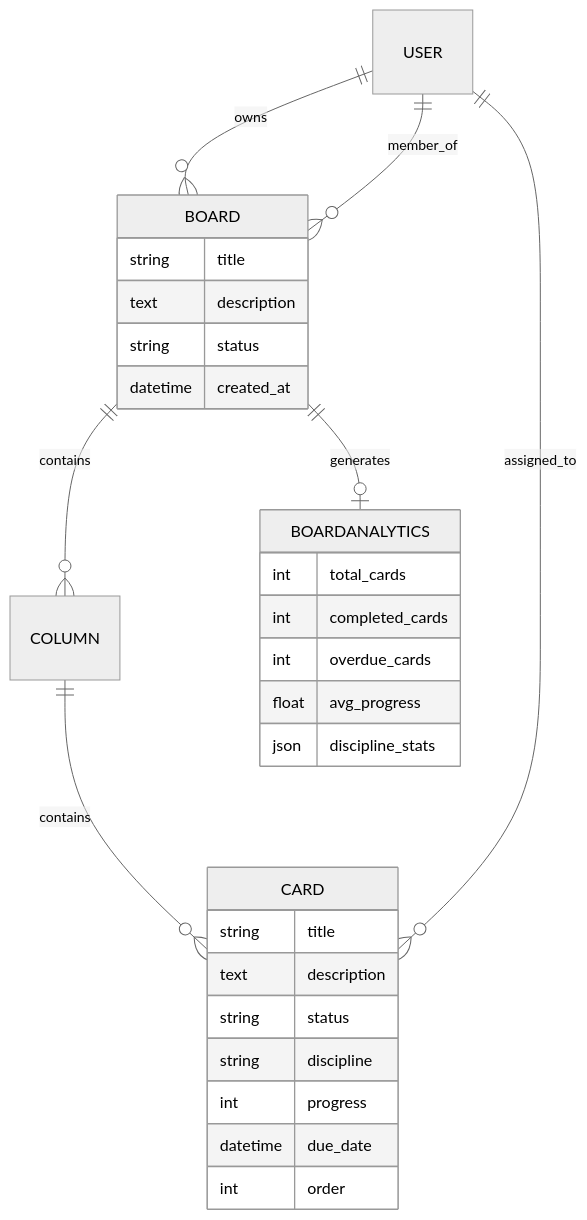
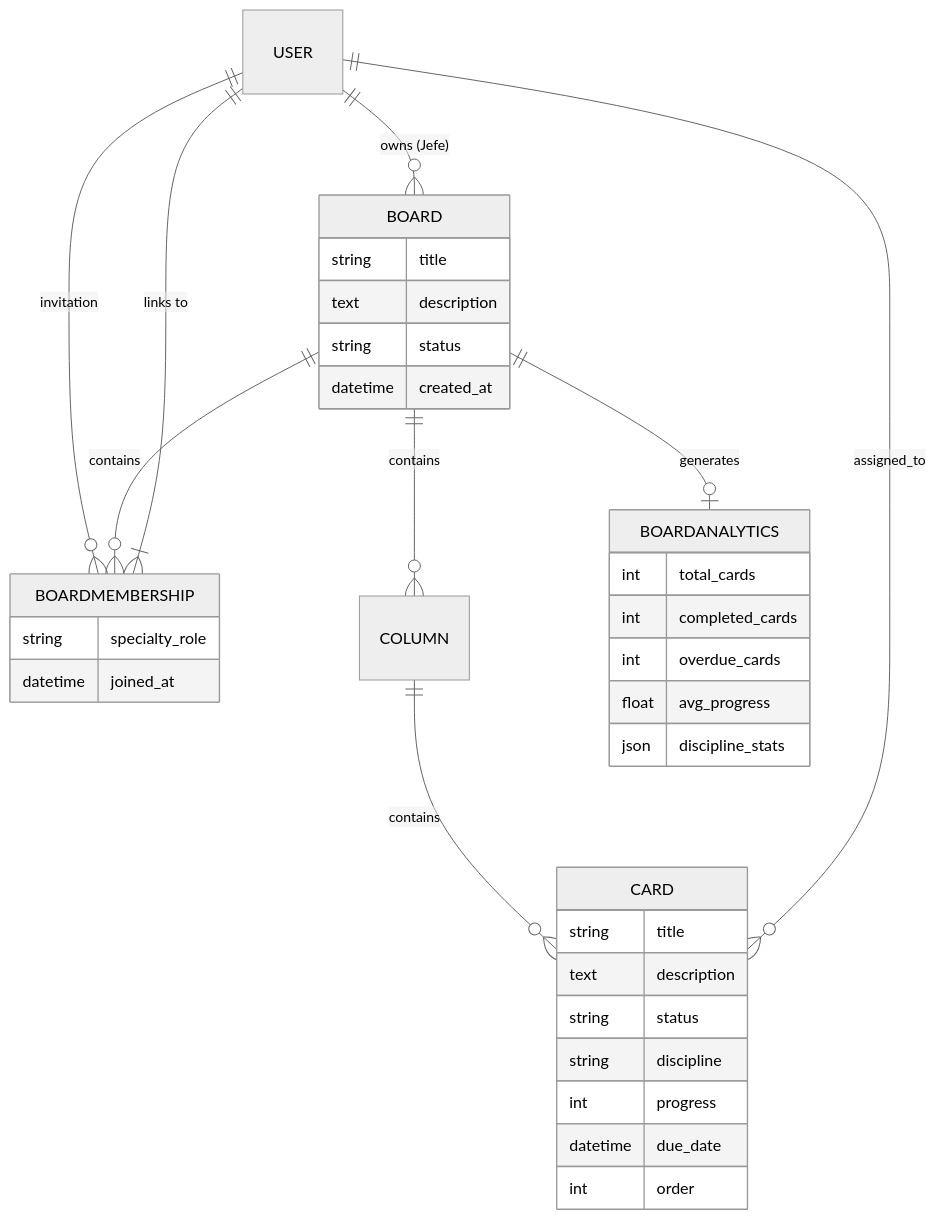
The diagram in README.md (joao9417/kanban_project), drawn with Mermaid (neutral theme) before and after one commit. The commit also changed other lines of this file and 4 other files, not shown here.

````diff
--- a/README.md
+++ b/README.md
@@ -31,34 +39,42 @@
 ```mermaid
 erDiagram
-    USER ||--o{ BOARD : owns
-    USER ||--o{ BOARD : member_of
+    USER ||--o{ BOARD : "owns (Jefe)"
+    USER ||--o{ BOARDMEMBERSHIP : "invitation"
+    BOARD ||--o{ BOARDMEMBERSHIP : "contains"
+    BOARDMEMBERSHIP }|--|| USER : "links to"
+    
     BOARD ||--o{ COLUMN : contains
     COLUMN ||--o{ CARD : contains
     BOARD ||--o| BOARDANALYTICS : generates
-    USER ||--o{ CARD : assigned_to
+    USER ||--o{ CARD : "assigned_to"
 
     BOARD {
         string title
         text description
         string status
         datetime created_at
+    }
+
+    BOARDMEMBERSHIP {
+        string specialty_role
+        datetime joined_at
     }
 
     CARD {
         string title
         text description
         string status
         string discipline
         int progress
         datetime due_date
         int order
     }
 
     BOARDANALYTICS {
         int total_cards
         int completed_cards
         int overdue_cards
         float avg_progress
         json discipline_stats
     }
 ```
````
